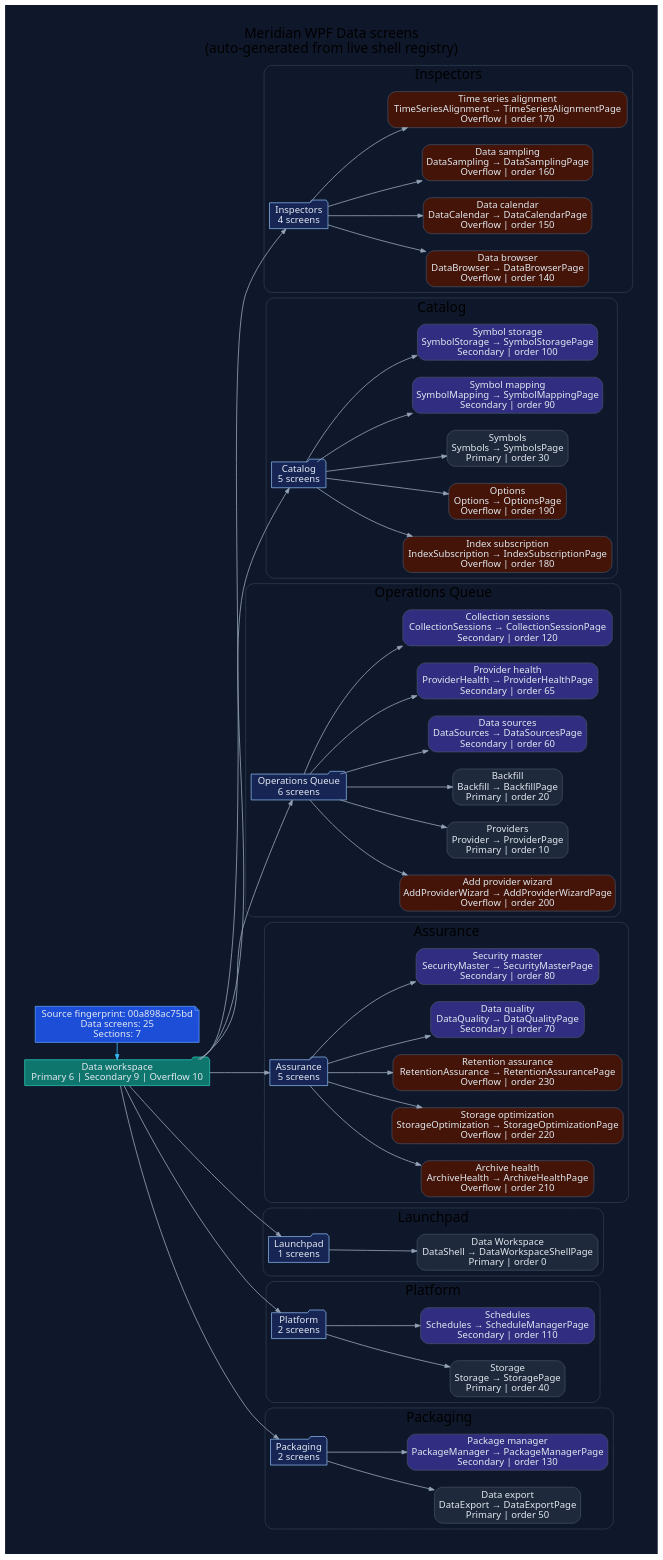
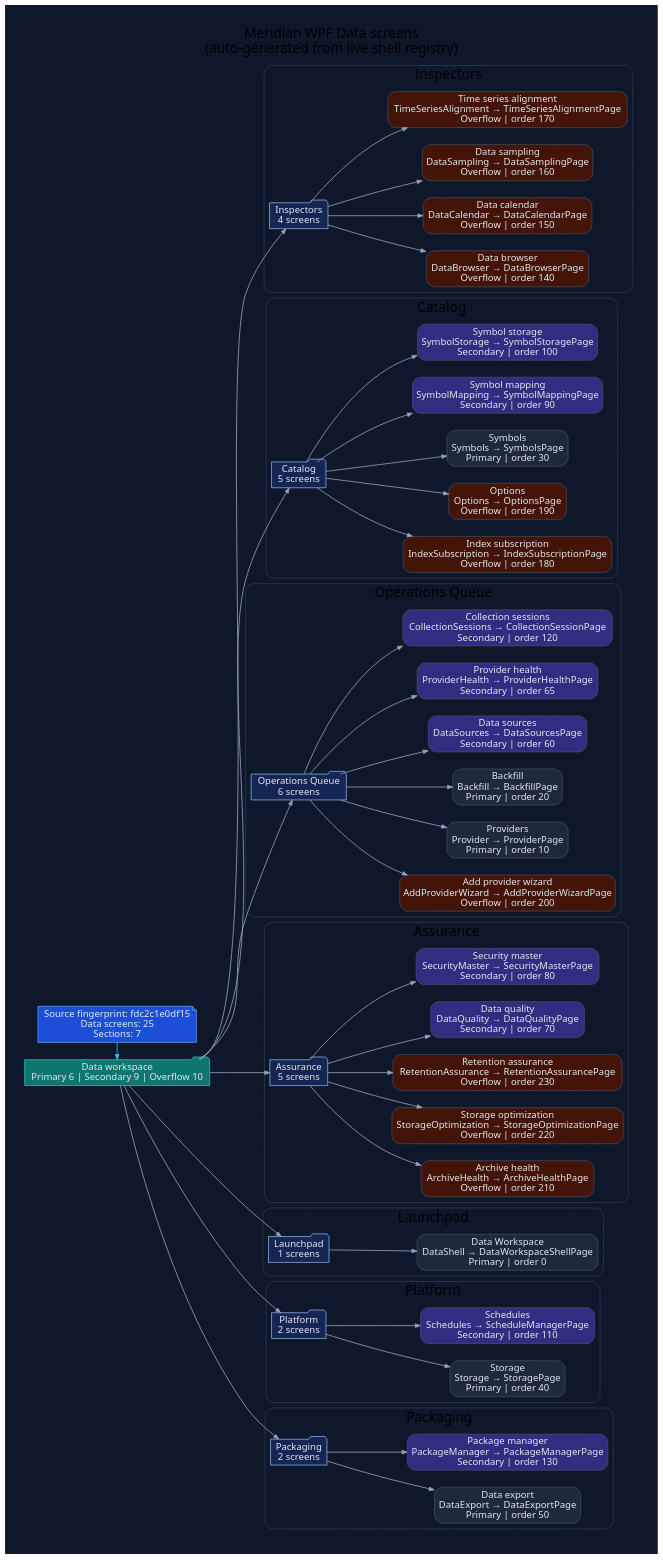
One commit to rodoHasArrived/Meridian-main changed the diagram in docs/diagrams/ui-wpf-screens-data.dot. Above: the diagram before and after it, drawn with Graphviz. The commit also changed 86 other files, not shown here.

```diff
--- a/docs/diagrams/ui-wpf-screens-data.dot
+++ b/docs/diagrams/ui-wpf-screens-data.dot
@@ -1,132 +1,132 @@
 // -----------------------------------------------------------------------------
 // <auto-generated>
 // Generated by scripts/generate-diagrams.mjs.
 // Do not edit this file directly; update the WPF source files instead.
 // -----------------------------------------------------------------------------
 digraph WpfDataScreens {
   graph [
     rankdir=LR,
     labelloc=t,
     label="Meridian WPF Data screens\n(auto-generated from live shell registry)",
     fontname="Segoe UI",
     fontsize=20,
     pad=0.4,
     nodesep=0.35,
     ranksep=0.85,
     bgcolor="#0f172a"
   ];
   node [fontname="Segoe UI", shape=box, style="rounded,filled", color="#475569", fontcolor="#e2e8f0", fillcolor="#1e293b"];
   edge [fontname="Segoe UI", color="#94a3b8", penwidth=1.2, arrowsize=0.75];
 
-  generated [shape=note, fillcolor="#1d4ed8", color="#60a5fa", label="Source fingerprint: 00a898ac75bd\nData screens: 25\nSections: 7"];
+  generated [shape=note, fillcolor="#1d4ed8", color="#60a5fa", label="Source fingerprint: fdc2c1e0df15\nData screens: 25\nSections: 7"];
   workspace [shape=folder, fillcolor="#0f766e", color="#2dd4bf", label="Data workspace\nPrimary 6 | Secondary 9 | Overflow 10"];
   generated -> workspace [color="#38bdf8"];
 
   subgraph cluster_section_1 {
     label="Inspectors";
     color="#334155";
     style="rounded";
     section_1 [shape=folder, fillcolor="#172554", color="#93c5fd", label="Inspectors\n4 screens"];
     workspace -> section_1;
     screen_DataBrowser [fillcolor="#431407", label="Data browser\nDataBrowser → DataBrowserPage\nOverflow | order 140"];
     section_1 -> screen_DataBrowser;
     screen_DataCalendar [fillcolor="#431407", label="Data calendar\nDataCalendar → DataCalendarPage\nOverflow | order 150"];
     section_1 -> screen_DataCalendar;
     screen_DataSampling [fillcolor="#431407", label="Data sampling\nDataSampling → DataSamplingPage\nOverflow | order 160"];
     section_1 -> screen_DataSampling;
     screen_TimeSeriesAlignment [fillcolor="#431407", label="Time series alignment\nTimeSeriesAlignment → TimeSeriesAlignmentPage\nOverflow | order 170"];
     section_1 -> screen_TimeSeriesAlignment;
   }
 
   subgraph cluster_section_2 {
     label="Catalog";
     color="#334155";
     style="rounded";
     section_2 [shape=folder, fillcolor="#172554", color="#93c5fd", label="Catalog\n5 screens"];
     workspace -> section_2;
     screen_IndexSubscription [fillcolor="#431407", label="Index subscription\nIndexSubscription → IndexSubscriptionPage\nOverflow | order 180"];
     section_2 -> screen_IndexSubscription;
     screen_Options [fillcolor="#431407", label="Options\nOptions → OptionsPage\nOverflow | order 190"];
     section_2 -> screen_Options;
     screen_Symbols [fillcolor="#1e293b", label="Symbols\nSymbols → SymbolsPage\nPrimary | order 30"];
     section_2 -> screen_Symbols;
     screen_SymbolMapping [fillcolor="#312e81", label="Symbol mapping\nSymbolMapping → SymbolMappingPage\nSecondary | order 90"];
     section_2 -> screen_SymbolMapping;
     screen_SymbolStorage [fillcolor="#312e81", label="Symbol storage\nSymbolStorage → SymbolStoragePage\nSecondary | order 100"];
     section_2 -> screen_SymbolStorage;
   }
 
   subgraph cluster_section_3 {
     label="Operations Queue";
     color="#334155";
     style="rounded";
     section_3 [shape=folder, fillcolor="#172554", color="#93c5fd", label="Operations Queue\n6 screens"];
     workspace -> section_3;
     screen_AddProviderWizard [fillcolor="#431407", label="Add provider wizard\nAddProviderWizard → AddProviderWizardPage\nOverflow | order 200"];
     section_3 -> screen_AddProviderWizard;
     screen_Provider [fillcolor="#1e293b", label="Providers\nProvider → ProviderPage\nPrimary | order 10"];
     section_3 -> screen_Provider;
     screen_Backfill [fillcolor="#1e293b", label="Backfill\nBackfill → BackfillPage\nPrimary | order 20"];
     section_3 -> screen_Backfill;
     screen_DataSources [fillcolor="#312e81", label="Data sources\nDataSources → DataSourcesPage\nSecondary | order 60"];
     section_3 -> screen_DataSources;
     screen_ProviderHealth [fillcolor="#312e81", label="Provider health\nProviderHealth → ProviderHealthPage\nSecondary | order 65"];
     section_3 -> screen_ProviderHealth;
     screen_CollectionSessions [fillcolor="#312e81", label="Collection sessions\nCollectionSessions → CollectionSessionPage\nSecondary | order 120"];
     section_3 -> screen_CollectionSessions;
   }
 
   subgraph cluster_section_4 {
     label="Assurance";
     color="#334155";
     style="rounded";
     section_4 [shape=folder, fillcolor="#172554", color="#93c5fd", label="Assurance\n5 screens"];
     workspace -> section_4;
     screen_ArchiveHealth [fillcolor="#431407", label="Archive health\nArchiveHealth → ArchiveHealthPage\nOverflow | order 210"];
     section_4 -> screen_ArchiveHealth;
     screen_StorageOptimization [fillcolor="#431407", label="Storage optimization\nStorageOptimization → StorageOptimizationPage\nOverflow | order 220"];
     section_4 -> screen_StorageOptimization;
     screen_RetentionAssurance [fillcolor="#431407", label="Retention assurance\nRetentionAssurance → RetentionAssurancePage\nOverflow | order 230"];
     section_4 -> screen_RetentionAssurance;
     screen_DataQuality [fillcolor="#312e81", label="Data quality\nDataQuality → DataQualityPage\nSecondary | order 70"];
     section_4 -> screen_DataQuality;
     screen_SecurityMaster [fillcolor="#312e81", label="Security master\nSecurityMaster → SecurityMasterPage\nSecondary | order 80"];
     section_4 -> screen_SecurityMaster;
   }
 
   subgraph cluster_section_5 {
     label="Launchpad";
     color="#334155";
     style="rounded";
     section_5 [shape=folder, fillcolor="#172554", color="#93c5fd", label="Launchpad\n1 screens"];
     workspace -> section_5;
     screen_DataShell [fillcolor="#1e293b", label="Data Workspace\nDataShell → DataWorkspaceShellPage\nPrimary | order 0"];
     section_5 -> screen_DataShell;
   }
 
   subgraph cluster_section_6 {
     label="Platform";
     color="#334155";
     style="rounded";
     section_6 [shape=folder, fillcolor="#172554", color="#93c5fd", label="Platform\n2 screens"];
     workspace -> section_6;
     screen_Storage [fillcolor="#1e293b", label="Storage\nStorage → StoragePage\nPrimary | order 40"];
     section_6 -> screen_Storage;
     screen_Schedules [fillcolor="#312e81", label="Schedules\nSchedules → ScheduleManagerPage\nSecondary | order 110"];
     section_6 -> screen_Schedules;
   }
 
   subgraph cluster_section_7 {
     label="Packaging";
     color="#334155";
     style="rounded";
     section_7 [shape=folder, fillcolor="#172554", color="#93c5fd", label="Packaging\n2 screens"];
     workspace -> section_7;
     screen_DataExport [fillcolor="#1e293b", label="Data export\nDataExport → DataExportPage\nPrimary | order 50"];
     section_7 -> screen_DataExport;
     screen_PackageManager [fillcolor="#312e81", label="Package manager\nPackageManager → PackageManagerPage\nSecondary | order 130"];
     section_7 -> screen_PackageManager;
   }
 
   { rank=min; generated; workspace; }
 }
```
